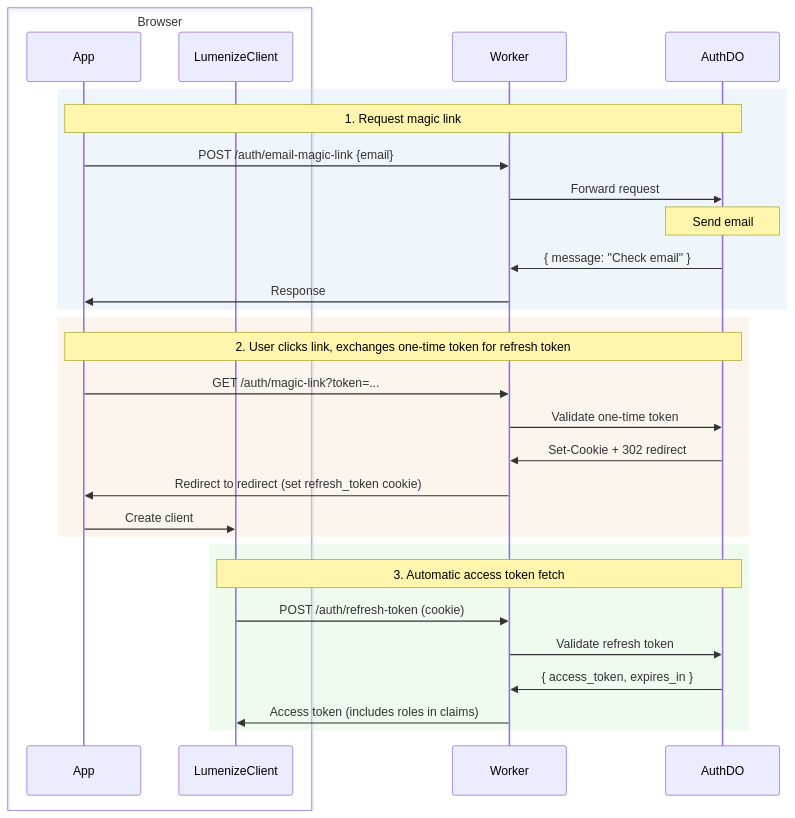
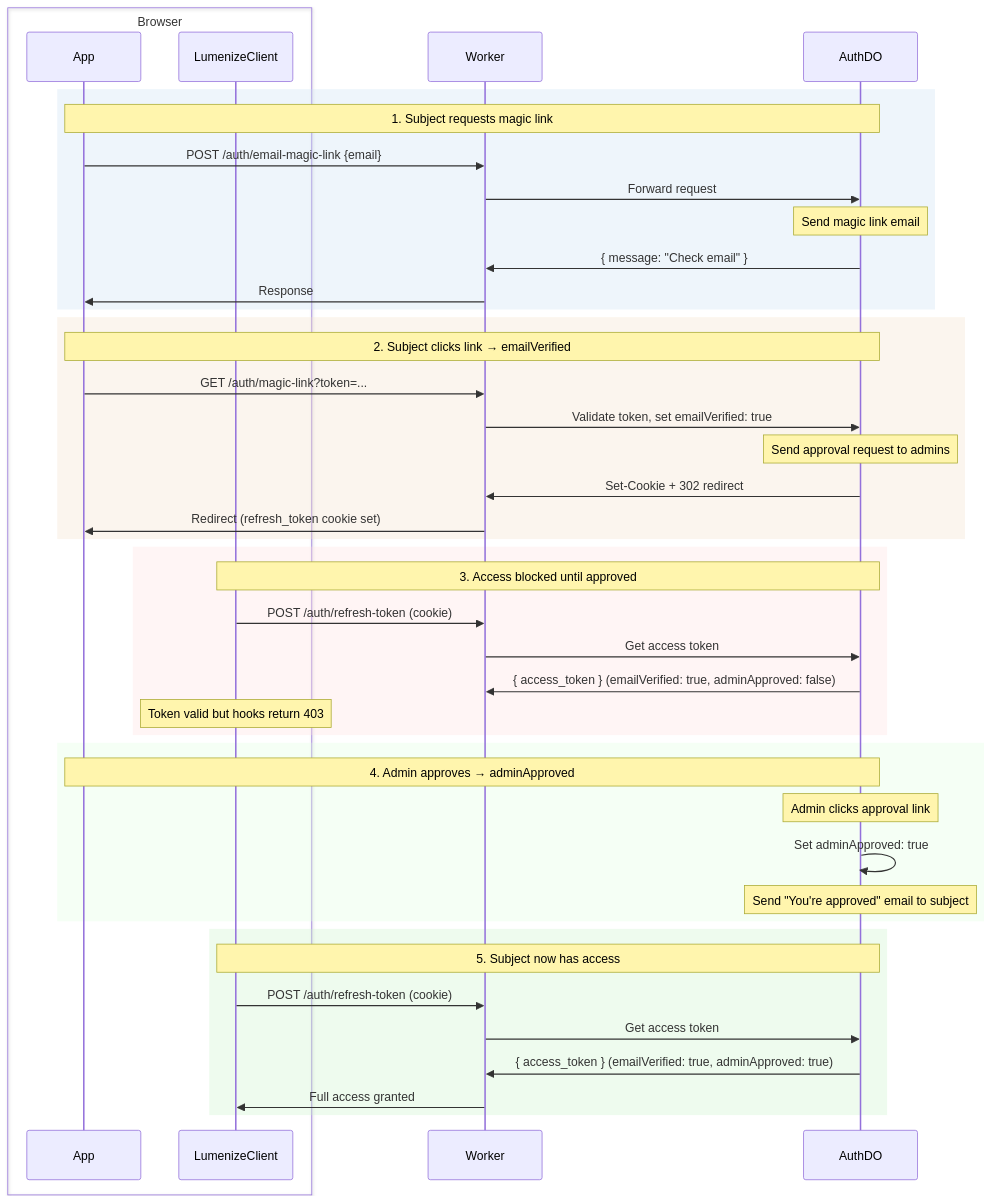
The first of 2 diagrams in website/docs/auth/index.mdx (lumenize/lumenize), drawn with Mermaid before and after one commit. The commit also changed other lines of this file and 8 other files, not shown here.

````diff
--- a/website/docs/auth/index.mdx
+++ b/website/docs/auth/index.mdx
@@ -49,35 +57,50 @@
 ```mermaid
 sequenceDiagram
     box Browser
         participant App
         participant Client as LumenizeClient
     end
     participant Worker
     participant AuthDO
 
     rect rgba(200, 220, 240, 0.3)
-        Note over App,AuthDO: 1. Request magic link
+        Note over App,AuthDO: 1. Subject requests magic link
         App->>Worker: POST /auth/email-magic-link {email}
         Worker->>AuthDO: Forward request
-        Note over AuthDO: Send email
+        Note over AuthDO: Send magic link email
         AuthDO->>Worker: { message: "Check email" }
         Worker->>App: Response
     end
 
     rect rgba(240, 220, 200, 0.3)
-        Note over App,AuthDO: 2. User clicks link, exchanges one-time token for refresh token
+        Note over App,AuthDO: 2. Subject clicks link → emailVerified
         App->>Worker: GET /auth/magic-link?token=...
-        Worker->>AuthDO: Validate one-time token
+        Worker->>AuthDO: Validate token, set emailVerified: true
+        Note over AuthDO: Send approval request to admins
         AuthDO->>Worker: Set-Cookie + 302 redirect
-        Worker->>App: Redirect to redirect (set refresh_token cookie)
-        App->>Client: Create client
+        Worker->>App: Redirect (refresh_token cookie set)
+    end
+
+    rect rgba(255, 220, 220, 0.3)
+        Note over Client,AuthDO: 3. Access blocked until approved
+        Client->>Worker: POST /auth/refresh-token (cookie)
+        Worker->>AuthDO: Get access token
+        AuthDO->>Worker: { access_token } (emailVerified: true, adminApproved: false)
+        Note over Client: Token valid but hooks return 403
+    end
+
+    rect rgba(220, 255, 220, 0.3)
+        Note over App,AuthDO: 4. Admin approves → adminApproved
+        Note over AuthDO: Admin clicks approval link
+        AuthDO->>AuthDO: Set adminApproved: true
+        Note over AuthDO: Send "You're approved" email to subject
     end
 
     rect rgba(200, 240, 200, 0.3)
-        Note over Client,AuthDO: 3. Automatic access token fetch
+        Note over Client,AuthDO: 5. Subject now has access
         Client->>Worker: POST /auth/refresh-token (cookie)
-        Worker->>AuthDO: Validate refresh token
-        AuthDO->>Worker: { access_token, expires_in }
-        Worker->>Client: Access token (includes roles in claims)
+        Worker->>AuthDO: Get access token
+        AuthDO->>Worker: { access_token } (emailVerified: true, adminApproved: true)
+        Worker->>Client: Full access granted
     end
 ```
````
